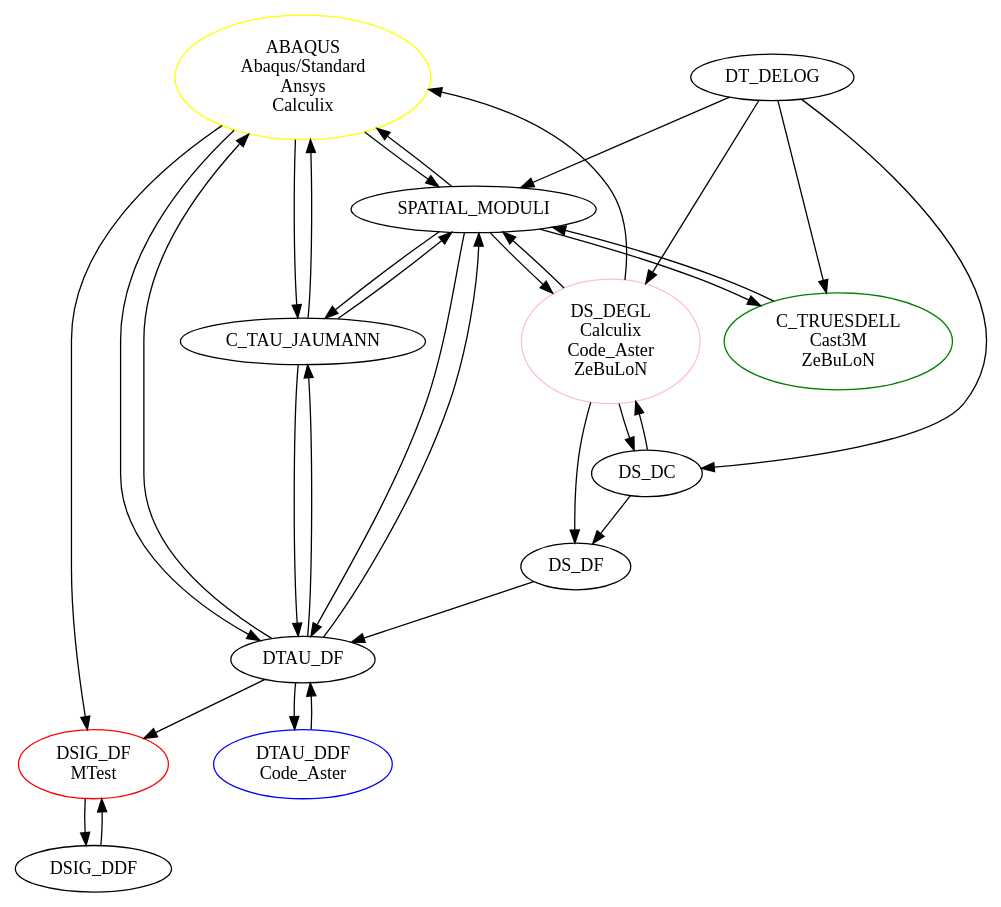
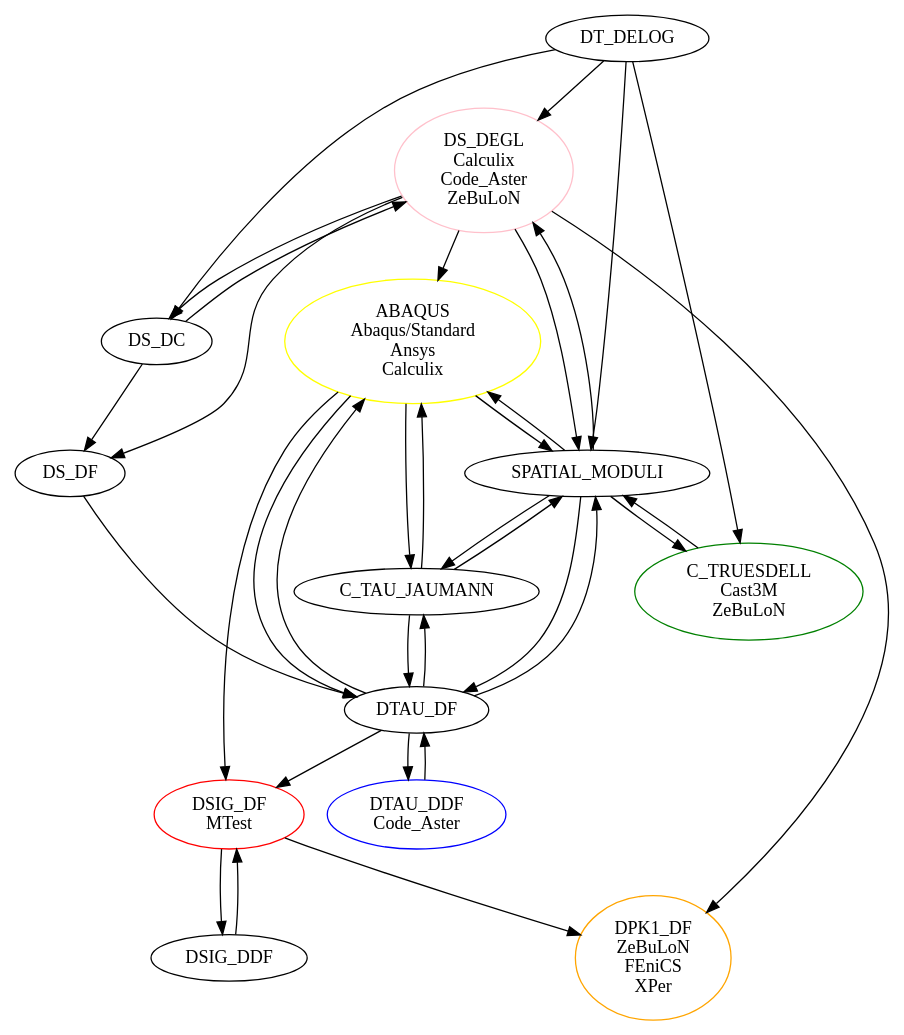
One commit to thelfer/tfel changed the diagram in docs/web/img/FiniteStrainTangentOperatorConvertion.dot. Above: the diagram before and after it, drawn with Graphviz. The commit also changed 20 other files, not shown here.

```diff
--- a/docs/web/img/FiniteStrainTangentOperatorConvertion.dot
+++ b/docs/web/img/FiniteStrainTangentOperatorConvertion.dot
@@ -1,40 +1,43 @@
 digraph tangent_operator_converter {
   graph [size="800"]
   DSIG_DF     [label="DSIG_DF\nMTest",color=red];
   C_TRUESDELL [label="C_TRUESDELL\nCast3M\nZeBuLoN",color=green];
   DTAU_DDF    [label="DTAU_DDF\nCode_Aster",color=blue];
   ABAQUS      [label="ABAQUS\nAbaqus/Standard\nAnsys\nCalculix",color=yellow];
   DS_DEGL     [label="DS_DEGL\nCalculix\nCode_Aster\nZeBuLoN",color=pink];
+  DPK1_DF     [label="DPK1_DF\nZeBuLoN\nFEniCS\nXPer",color=orange];
   DT_DELOG -> DS_DEGL;
   DT_DELOG -> DS_DC;	
   DT_DELOG -> SPATIAL_MODULI;
   DT_DELOG -> C_TRUESDELL;
   DS_DF -> DTAU_DF;
   DTAU_DF -> C_TAU_JAUMANN;
   DTAU_DF -> SPATIAL_MODULI;
   DTAU_DF -> ABAQUS;
   DTAU_DF -> DSIG_DF;
   DTAU_DF -> DTAU_DDF;
   DTAU_DDF -> DTAU_DF;
   SPATIAL_MODULI -> C_TRUESDELL;
   SPATIAL_MODULI -> ABAQUS;
   SPATIAL_MODULI -> DS_DEGL;
   SPATIAL_MODULI -> DTAU_DF;
   SPATIAL_MODULI -> C_TAU_JAUMANN;
   DSIG_DF -> DSIG_DDF;
   DSIG_DDF -> DSIG_DF;
   DS_DEGL -> DS_DC;
   DS_DEGL -> SPATIAL_MODULI;
   DS_DEGL -> ABAQUS;
   DS_DEGL -> DS_DF;
   DS_DC -> DS_DF;
   DS_DC -> DS_DEGL;
   C_TRUESDELL -> SPATIAL_MODULI;
   ABAQUS -> SPATIAL_MODULI;
   ABAQUS -> C_TAU_JAUMANN;
   ABAQUS -> DSIG_DF;
   ABAQUS -> DTAU_DF;
   C_TAU_JAUMANN -> ABAQUS;
   C_TAU_JAUMANN -> DTAU_DF;
   C_TAU_JAUMANN -> SPATIAL_MODULI;
+  DS_DEGL -> DPK1_DF
+  DSIG_DF -> DPK1_DF
 }
```
